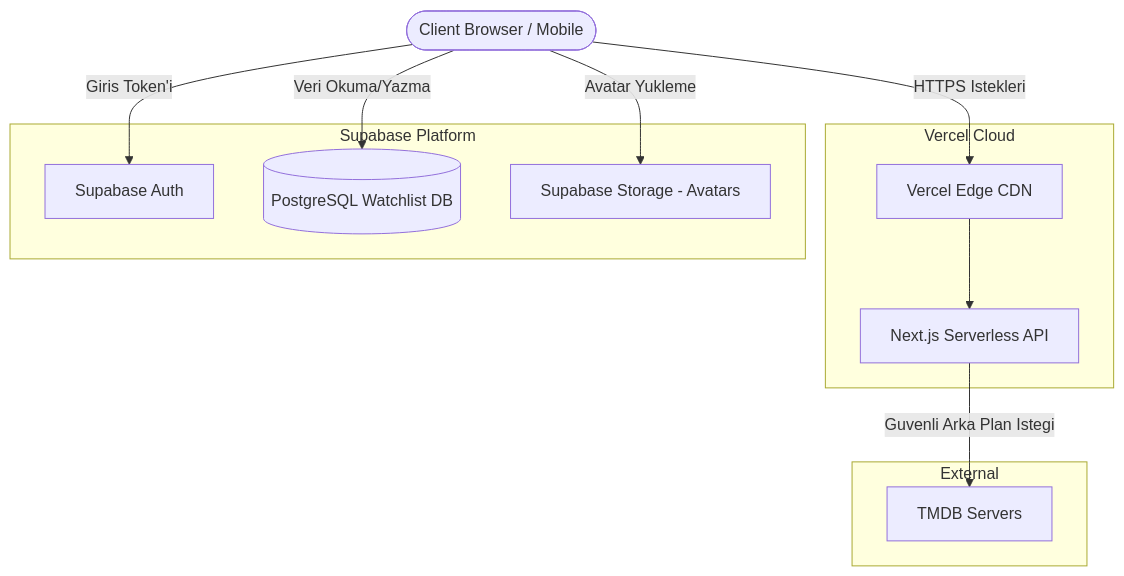
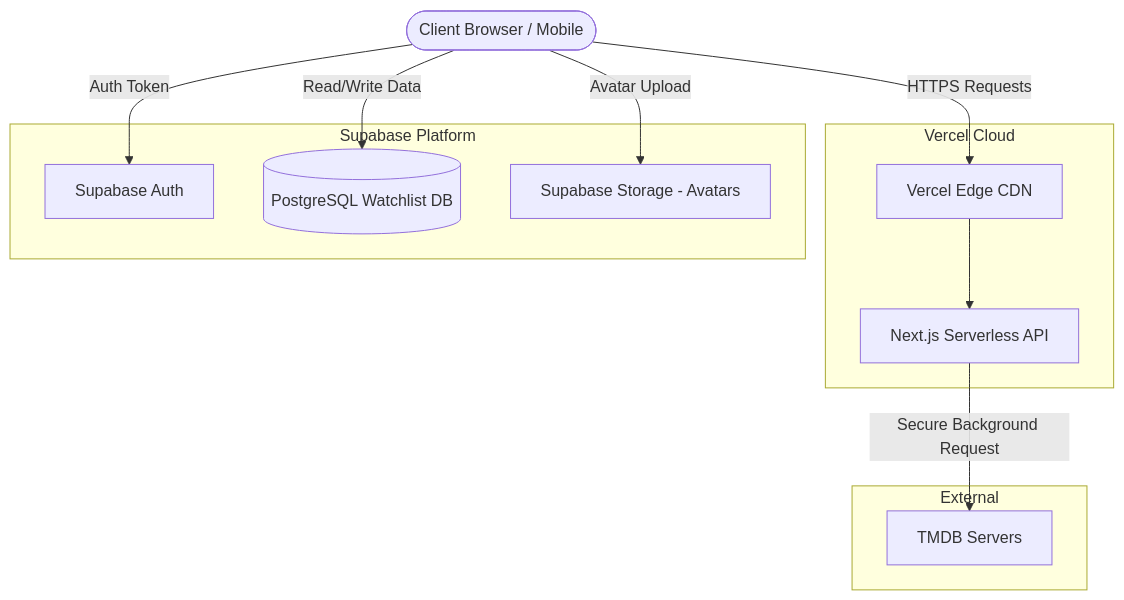
The fourth of 4 diagrams in ARCHITECTURE.md (mehmetali-ozturk/movier), drawn with Mermaid before and after one commit. The commit also changed other lines of this file, not shown here.

Commit message:
ARCHITECTURE.md file commit

````diff
--- a/ARCHITECTURE.md
+++ b/ARCHITECTURE.md
@@ -166,26 +165,26 @@
 ```mermaid
 flowchart TD
     Client([Client Browser / Mobile])
 
     subgraph Vercel Cloud
         CDN[Vercel Edge CDN]
         Node[Next.js Serverless API]
     end
 
     subgraph Supabase Platform
         Auth[Supabase Auth]
         DB[(PostgreSQL Watchlist DB)]
         S3[Supabase Storage - Avatars]
     end
 
     subgraph External
         TMDB[TMDB Servers]
     end
 
-    Client -->|HTTPS Istekleri| CDN
+    Client -->|HTTPS Requests| CDN
     CDN --> Node
-    Node -->|Guvenli Arka Plan Istegi| TMDB
-    Client -->|Giris Token'i| Auth
-    Client -->|Veri Okuma/Yazma| DB
-    Client -->|Avatar Yukleme| S3
+    Node -->|Secure Background Request| TMDB
+    Client -->|Auth Token| Auth
+    Client -->|Read/Write Data| DB
+    Client -->|Avatar Upload| S3
 ```
````
